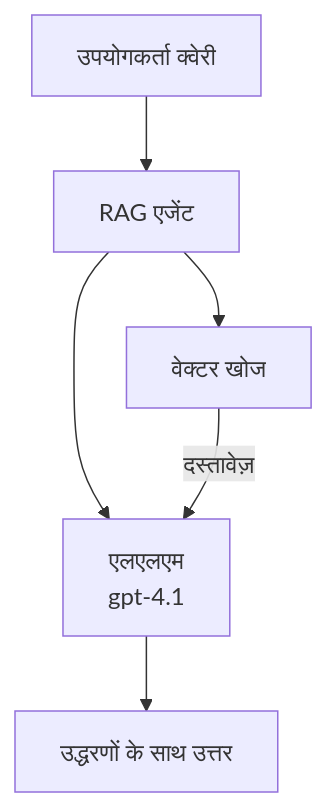
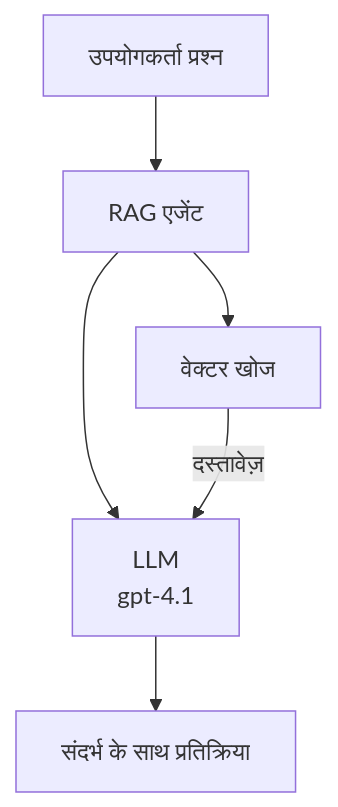
Before and after one commit to microsoft/AZD-for-beginners: the second of 3 diagrams in translations/hi/docs/chapter-02-ai-development/agents.md, drawn with Mermaid. The commit also changed other lines of this file and 101 other files, not shown here.

````diff
--- a/translations/hi/docs/chapter-02-ai-development/agents.md
+++ b/translations/hi/docs/chapter-02-ai-development/agents.md
@@ -170,8 +175,8 @@
 ```mermaid
 graph TD
-    Query[उपयोगकर्ता क्वेरी] --> RAG[RAG एजेंट]
+    Query[उपयोगकर्ता प्रश्न] --> RAG[RAG एजेंट]
     RAG --> Vector[वेक्टर खोज]
-    RAG --> LLM[एलएलएम<br/>gpt-4.1]
+    RAG --> LLM[LLM<br/>gpt-4.1]
     Vector -- दस्तावेज़ --> LLM
-    LLM --> Response[उद्धरणों के साथ उत्तर]
+    LLM --> Response[संदर्भ के साथ प्रतिक्रिया]
 ```
````
